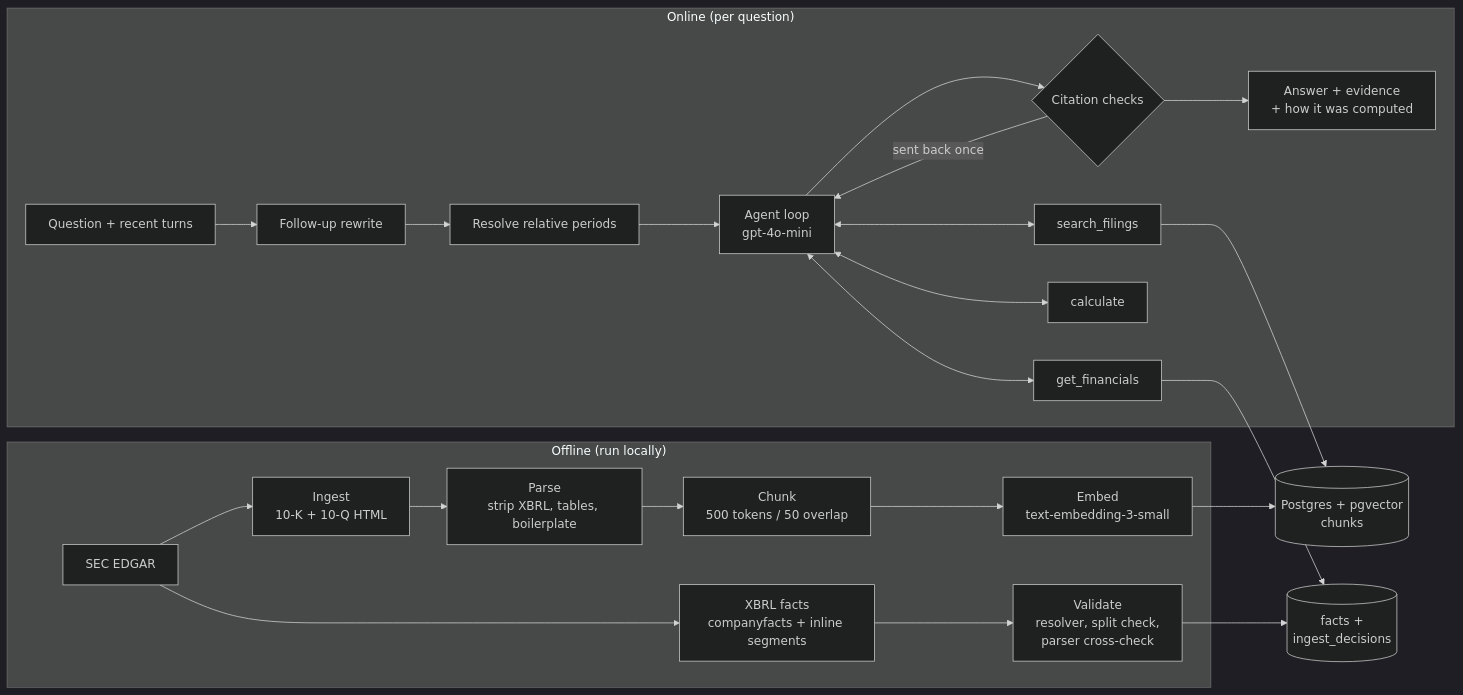
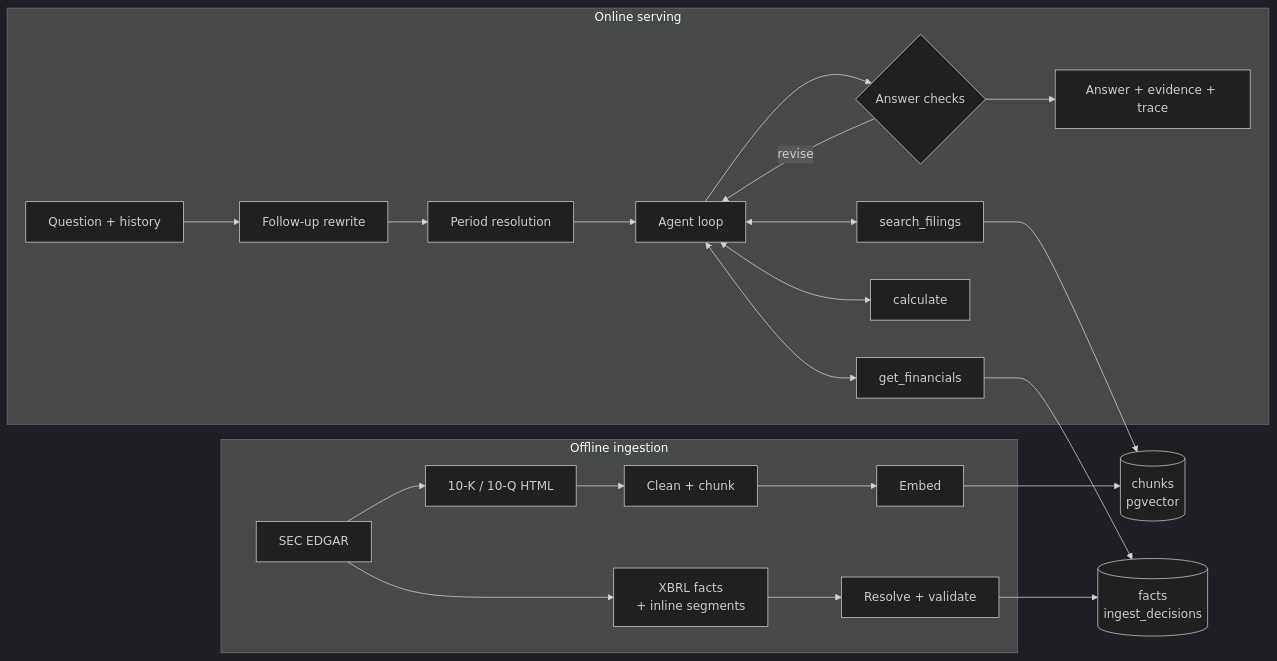
The first of 2 diagrams in README.md (dennisdang5/earnings-rag), drawn with Mermaid (dark theme) before and after one commit. The commit also changed other lines of this file, not shown here.

First line of the commit message:
README: rewrite as an architecture overview

````diff
--- a/README.md
+++ b/README.md
@@ -43,29 +39,28 @@
 ```mermaid
 flowchart LR
-    subgraph Offline["Offline (run locally)"]
-        A[SEC EDGAR] --> B[Ingest<br/>10-K + 10-Q HTML]
-        B --> C[Parse<br/>strip XBRL, tables, boilerplate]
-        C --> D[Chunk<br/>500 tokens / 50 overlap]
-        D --> E[Embed<br/>text-embedding-3-small]
-        A --> X[XBRL facts<br/>companyfacts + inline segments]
-        X --> V[Validate<br/>resolver, split check,<br/>parser cross-check]
+    subgraph Ingestion["Offline ingestion"]
+        A[SEC EDGAR] --> B[10-K / 10-Q HTML]
+        B --> C[Clean + chunk]
+        C --> D[Embed]
+        A --> X[XBRL facts<br/>+ inline segments]
+        X --> V[Resolve + validate]
     end
 
-    E --> F[(Postgres + pgvector<br/>chunks)]
-    V --> FT[(facts +<br/>ingest_decisions)]
+    D --> F[(chunks<br/>pgvector)]
+    V --> FT[(facts<br/>ingest_decisions)]
 
-    subgraph Online["Online (per question)"]
-        Q[Question + recent turns] --> RW[Follow-up rewrite]
-        RW --> PR[Resolve relative periods]
-        PR --> L[Agent loop<br/>gpt-4o-mini]
+    subgraph Serving["Online serving"]
+        Q[Question + history] --> RW[Follow-up rewrite]
+        RW --> PR[Period resolution]
+        PR --> L[Agent loop]
         L <--> T1[search_filings]
         L <--> T2[get_financials]
         L <--> T3[calculate]
-        L --> CK{Citation checks}
-        CK -- sent back once --> L
-        CK --> U[Answer + evidence<br/>+ how it was computed]
+        L --> CK{Answer checks}
+        CK -- revise --> L
+        CK --> U[Answer + evidence + trace]
     end
 
     T1 --> F
     T2 --> FT
 ```
````
